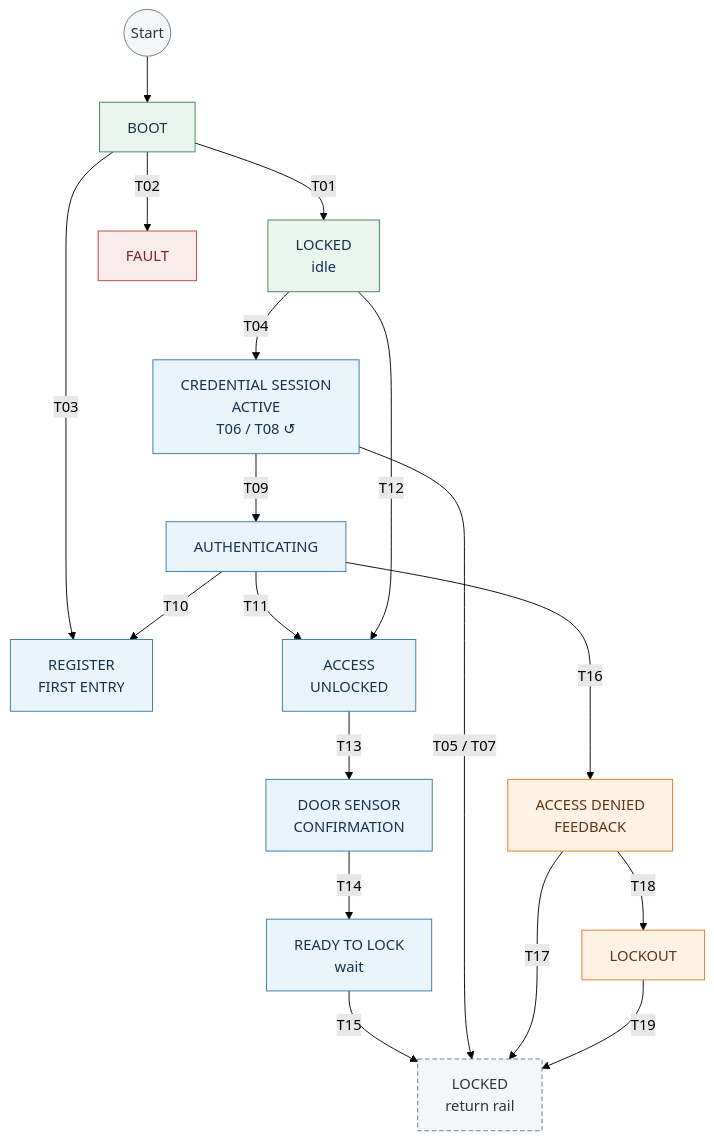
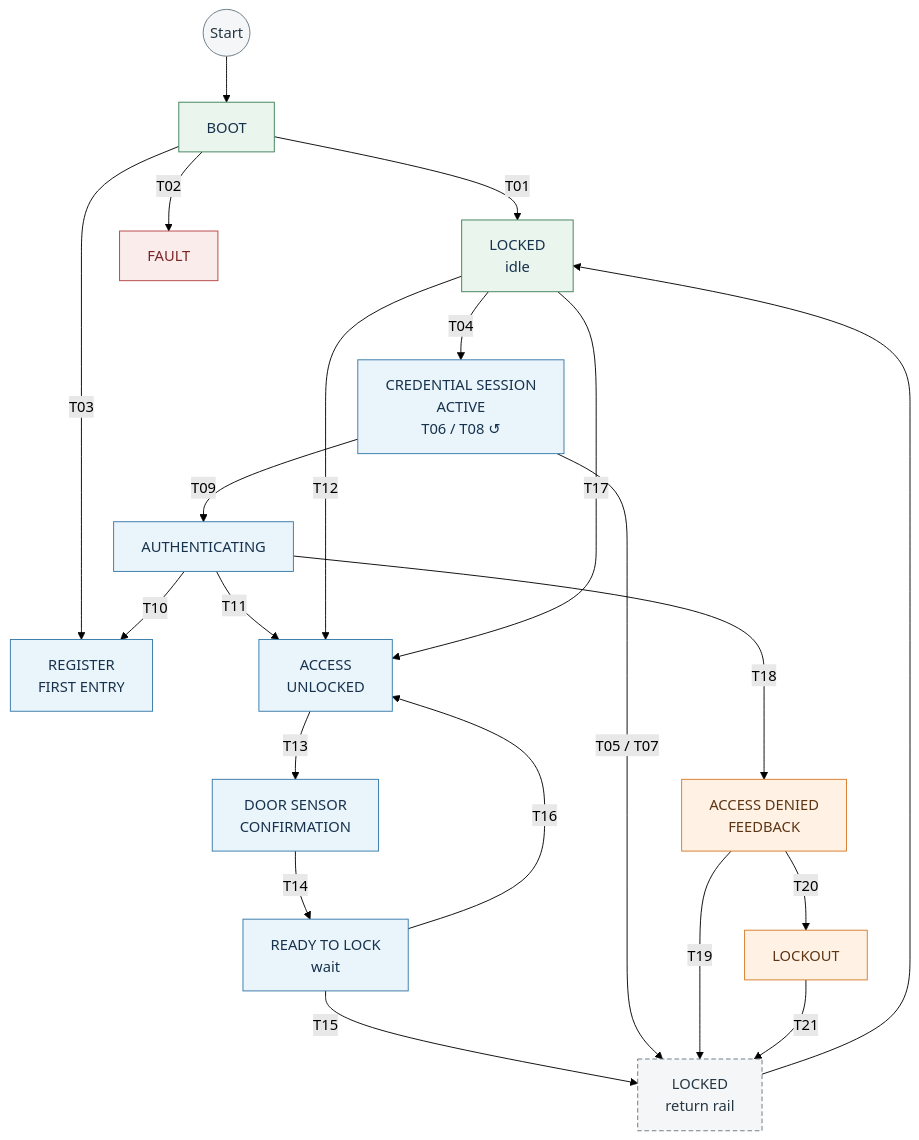
One commit to JP-REY/STM32F103C8T6-Based-Electronic-Lock changed the second of 7 diagrams in Libs/Services/Lock_Control/README.md. Above: the diagram before and after it, drawn with Mermaid (forest theme). The commit also changed other lines of this file and 2 other files, not shown here.

````diff
--- a/Libs/Services/Lock_Control/README.md
+++ b/Libs/Services/Lock_Control/README.md
@@ -494,39 +495,48 @@
 ```mermaid
 flowchart TB
     START((Start)) --> BOOT["BOOT"]
 
     BOOT -->|T01| LOCKED["LOCKED<br/>idle"]
     BOOT -->|T02| FAULT["FAULT"]
     BOOT -->|T03| FIRST["REGISTER<br/>FIRST ENTRY"]
 
     LOCKED -->|T04| ENTRY["CREDENTIAL SESSION<br/>ACTIVE<br/>T06 / T08 ↺"]
     ENTRY -->|T09| AUTH["AUTHENTICATING"]
 
     AUTH -->|T10| FIRST
     AUTH -->|T11| ACCESS["ACCESS<br/>UNLOCKED"]
+
     LOCKED -->|T12| ACCESS
 
     ACCESS -->|T13| CONFIRM["DOOR SENSOR<br/>CONFIRMATION"]
     CONFIRM -->|T14| READY["READY TO LOCK<br/>wait"]
+
     READY -->|T15| RETURN["LOCKED<br/>return rail"]
 
-    AUTH -->|T16| DENIED["ACCESS DENIED<br/>FEEDBACK"]
+    READY -->|T16| ACCESS
+    LOCKED -->|T17| ACCESS
+
+    AUTH -->|T18| DENIED["ACCESS DENIED<br/>FEEDBACK"]
+
     ENTRY -->|"T05 / T07"| RETURN
-    DENIED -->|T17| RETURN
-    DENIED -->|T18| LOCKOUT["LOCKOUT"]
-    LOCKOUT -->|T19| RETURN
+
+    DENIED -->|T19| RETURN
+    DENIED -->|T20| LOCKOUT["LOCKOUT"]
+    LOCKOUT -->|T21| RETURN
+
+    RETURN --> LOCKED
 
     classDef initial fill:#f4f6f7,stroke:#667681,color:#263642
     classDef secure fill:#eaf5ed,stroke:#3d7e57,color:#17324d
     classDef active fill:#eaf4fb,stroke:#3478a8,color:#17324d
     classDef denied fill:#fff2e5,stroke:#d77a27,color:#5e3514
     classDef connector fill:#f4f6f7,stroke:#667681,color:#263642,stroke-dasharray: 5 3
     classDef fault fill:#fbecec,stroke:#b54040,color:#7a2525
 
     class START initial
     class BOOT,LOCKED secure
     class ENTRY,AUTH,ACCESS,CONFIRM,READY,FIRST active
     class DENIED,LOCKOUT denied
     class RETURN connector
     class FAULT fault
 ```
````
